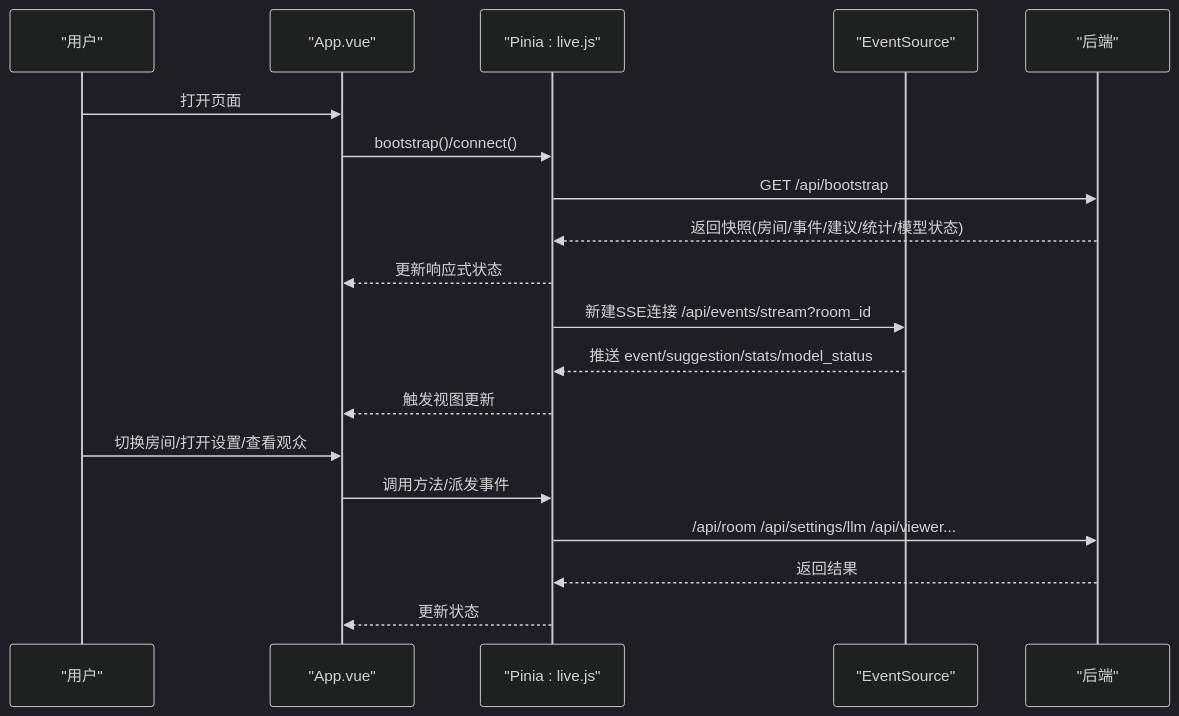
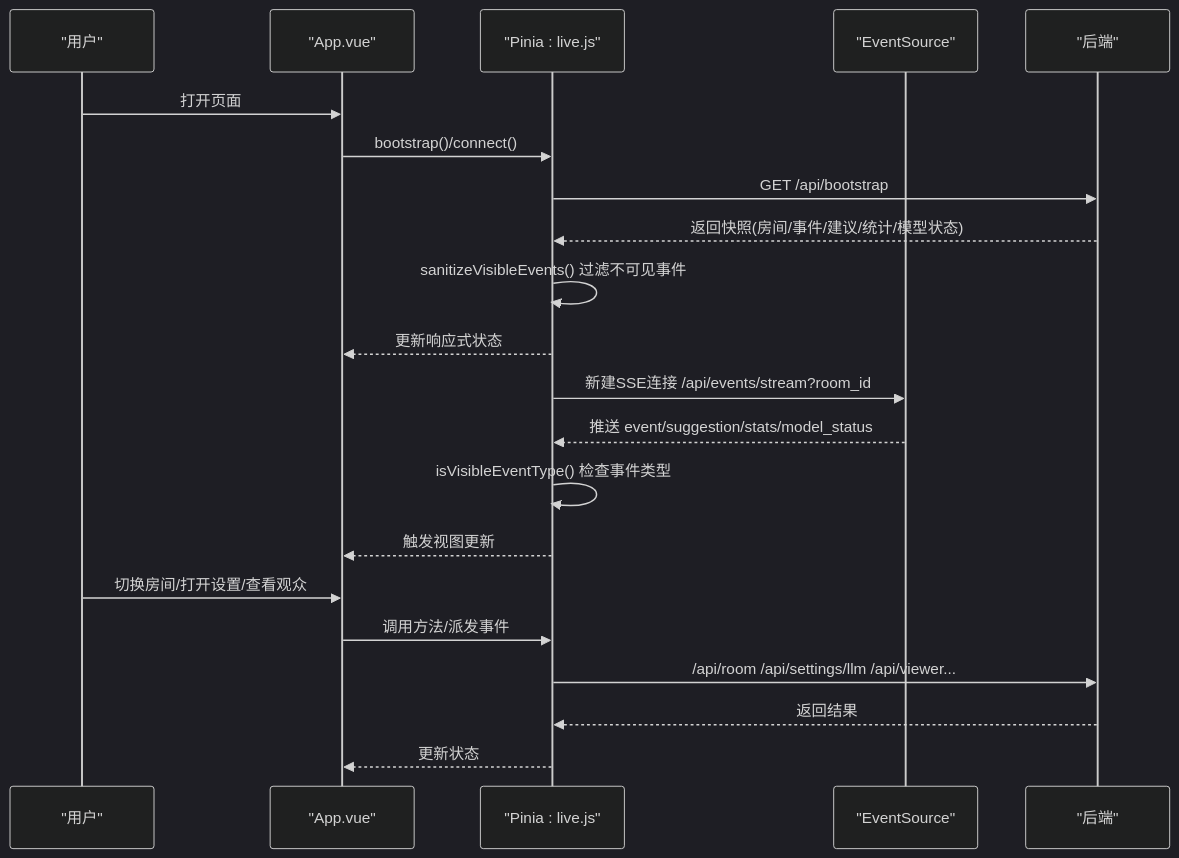
One commit to Moon-Force/DouYin_llm changed the second of 8 diagrams in .qoder/repowiki/zh/content/前端应用/前端应用.md. Above: the diagram before and after it, drawn with Mermaid (dark theme). The commit also changed other lines of this file and 34 other files, not shown here.

````diff
--- a/.qoder/repowiki/zh/content/前端应用/前端应用.md
+++ b/.qoder/repowiki/zh/content/前端应用/前端应用.md
@@ -88,21 +93,23 @@
 ```mermaid
 sequenceDiagram
 participant U as "用户"
 participant App as "App.vue"
 participant Store as "Pinia : live.js"
 participant S as "EventSource"
 participant BE as "后端"
 U->>App : 打开页面
 App->>Store : bootstrap()/connect()
 Store->>BE : GET /api/bootstrap
 BE-->>Store : 返回快照(房间/事件/建议/统计/模型状态)
+Store->>Store : sanitizeVisibleEvents() 过滤不可见事件
 Store-->>App : 更新响应式状态
 Store->>S : 新建SSE连接 /api/events/stream?room_id
 S-->>Store : 推送 event/suggestion/stats/model_status
+Store->>Store : isVisibleEventType() 检查事件类型
 Store-->>App : 触发视图更新
 U->>App : 切换房间/打开设置/查看观众
 App->>Store : 调用方法/派发事件
 Store->>BE : /api/room /api/settings/llm /api/viewer...
 BE-->>Store : 返回结果
 Store-->>App : 更新状态
 ```
````
